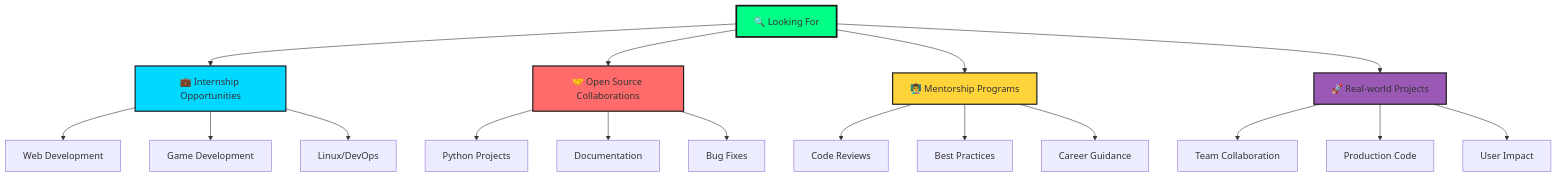
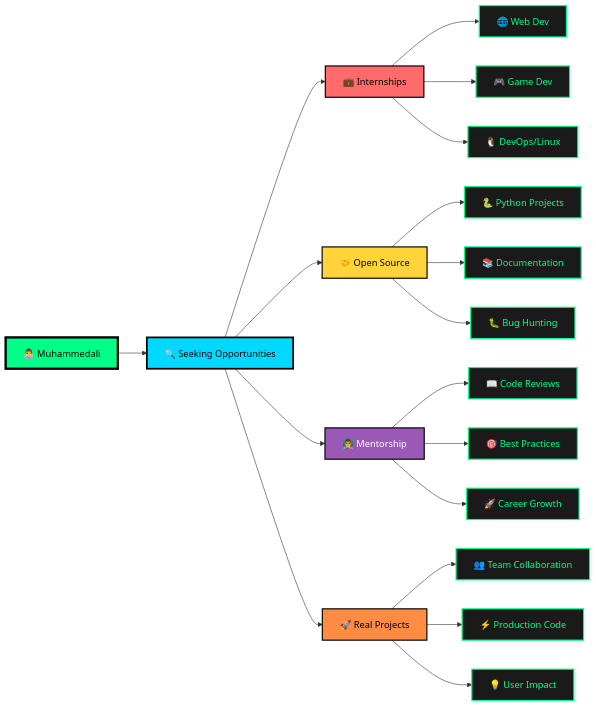
The diagram in README.md (Vorchunello/Vorchunello), drawn with Mermaid before and after one commit. The commit also changed other lines of this file, not shown here.

````diff
--- a/README.md
+++ b/README.md
@@ -224,29 +249,34 @@
 ```mermaid
-graph TD
-    A[🔍 Looking For] --> B[💼 Internship Opportunities]
-    A --> C[🤝 Open Source Collaborations]
-    A --> D[👨‍🏫 Mentorship Programs]
-    A --> E[🚀 Real-world Projects]
+graph LR
+    A[👨‍💻 Muhammedali] --> B[🔍 Seeking Opportunities]
     
-    B --> F[Web Development]
-    B --> G[Game Development]
-    B --> H[Linux/DevOps]
+    B --> C[💼 Internships]
+    B --> D[🤝 Open Source]
+    B --> E[👨‍🏫 Mentorship]
+    B --> F[🚀 Real Projects]
     
-    C --> I[Python Projects]
-    C --> J[Documentation]
-    C --> K[Bug Fixes]
+    C --> G[🌐 Web Dev]
+    C --> H[🎮 Game Dev]
+    C --> I[🐧 DevOps/Linux]
     
-    D --> L[Code Reviews]
-    D --> M[Best Practices]
-    D --> N[Career Guidance]
+    D --> J[🐍 Python Projects]
+    D --> K[📚 Documentation]
+    D --> L[🐛 Bug Hunting]
     
-    E --> O[Team Collaboration]
-    E --> P[Production Code]
-    E --> Q[User Impact]
+    E --> M[📖 Code Reviews]
+    E --> N[🎯 Best Practices]
+    E --> O[🚀 Career Growth]
     
-    style A fill:#00FF87,stroke:#1A1A1A,stroke-width:3px
-    style B fill:#00D9FF,stroke:#1A1A1A,stroke-width:2px
-    style C fill:#FF6B6B,stroke:#1A1A1A,stroke-width:2px
-    style D fill:#FFD43B,stroke:#1A1A1A,stroke-width:2px
-    style E fill:#9B59B6,stroke:#1A1A1A,stroke-width:2px
+    F --> P[👥 Team Collaboration]
+    F --> Q[⚡ Production Code]
+    F --> R[💡 User Impact]
+    
+    style A fill:#00FF87,stroke:#000,stroke-width:4px,color:#000
+    style B fill:#00D9FF,stroke:#000,stroke-width:3px,color:#000
+    style C fill:#FF6B6B,stroke:#000,stroke-width:2px,color:#000
+    style D fill:#FFD43B,stroke:#000,stroke-width:2px,color:#000
+    style E fill:#9B59B6,stroke:#000,stroke-width:2px,color:#FFF
+    style F fill:#FF8C42,stroke:#000,stroke-width:2px,color:#000
+    
+    classDef default fill:#1A1A1A,stroke:#00FF87,stroke-width:2px,color:#00FF87
 ```
````
